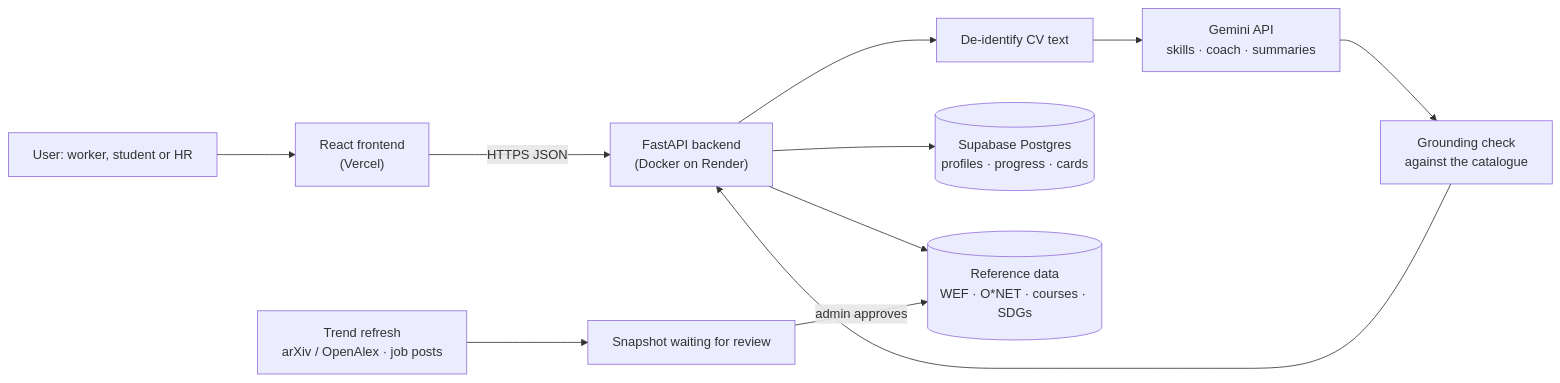
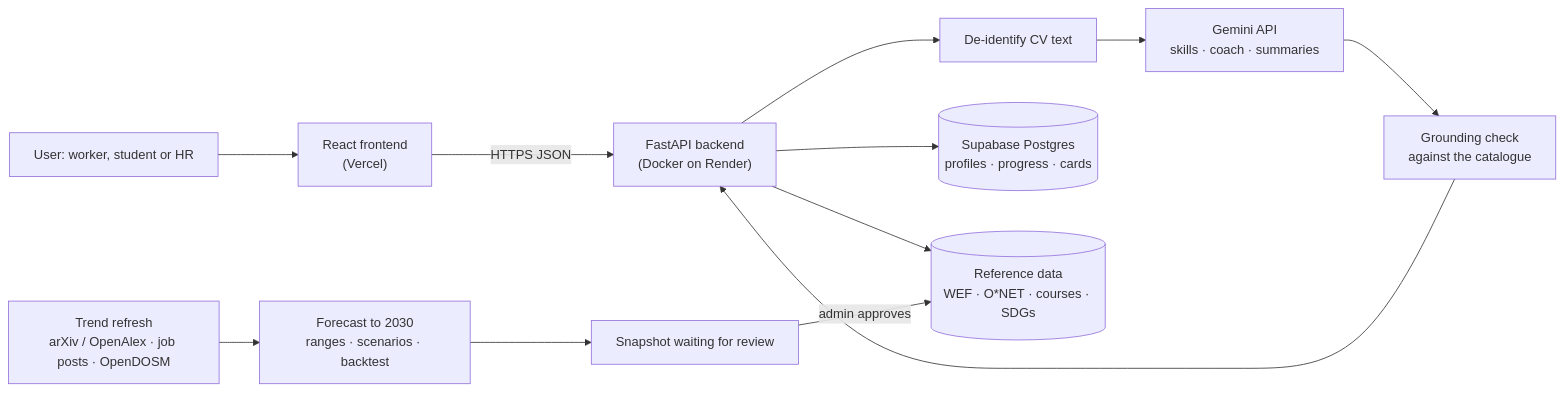
Before and after one commit to tanhongsheng050204-code/SDC-HACKATHON-2026---MADE-IN-UTM: the diagram in docs/submission/SDC2026_MadeInUTM_Preliminary.md, drawn with Mermaid. The commit also changed other lines of this file and 7 other files, not shown here.

````diff
--- a/docs/submission/SDC2026_MadeInUTM_Preliminary.md
+++ b/docs/submission/SDC2026_MadeInUTM_Preliminary.md
@@ -60,11 +61,11 @@
 ```mermaid
 flowchart LR
     U["User: worker, student or HR"] --> FE["React frontend<br/>(Vercel)"]
     FE -->|HTTPS JSON| API["FastAPI backend<br/>(Docker on Render)"]
     API --> DEID["De-identify CV text"] --> LLM["Gemini API<br/>skills · coach · summaries"]
     API --> DB[("Supabase Postgres<br/>profiles · progress · cards")]
     API --> REF[("Reference data<br/>WEF · O*NET · courses · SDGs")]
-    PIPE["Trend refresh<br/>arXiv / OpenAlex · job posts"] --> PEND["Snapshot waiting for review"]
+    PIPE["Trend refresh<br/>arXiv / OpenAlex · job posts · OpenDOSM"] --> FC["Forecast to 2030<br/>ranges · scenarios · backtest"] --> PEND["Snapshot waiting for review"]
     PEND -->|admin approves| REF
     LLM --> GROUND["Grounding check<br/>against the catalogue"] --> API
 ```
````
